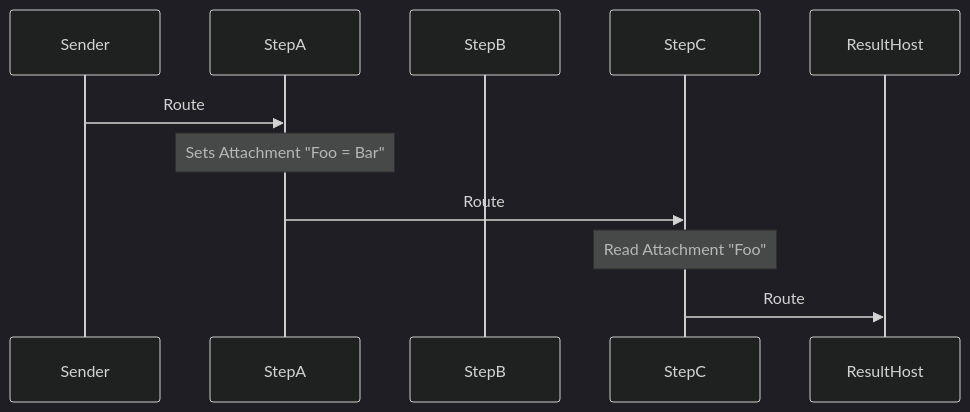
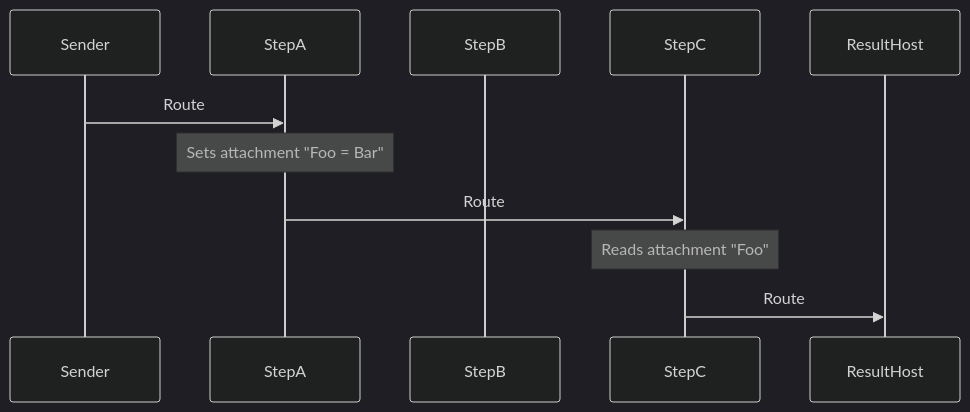
Before and after one commit to Particular/docs.particular.net: the first of 2 diagrams in samples/routing-slips/sample.md, drawn with Mermaid (dark theme). The commit also changed other lines of this file, not shown here.

````diff
--- a/samples/routing-slips/sample.md
+++ b/samples/routing-slips/sample.md
@@ -74,14 +96,13 @@
 ```mermaid
 sequenceDiagram
-
 Participant Sender
 Participant StepA
 Participant StepB
 Participant StepC
 Participant ResultHost
 Sender ->> StepA: Route
-Note over StepA: Sets Attachment "Foo = Bar"
-StepA->> StepC: Route
-Note over StepC: Read Attachment "Foo"
-StepC->> ResultHost: Route
+Note over StepA: Sets attachment "Foo = Bar"
+StepA ->> StepC: Route
+Note over StepC: Reads attachment "Foo"
+StepC ->> ResultHost: Route
 ```
````
